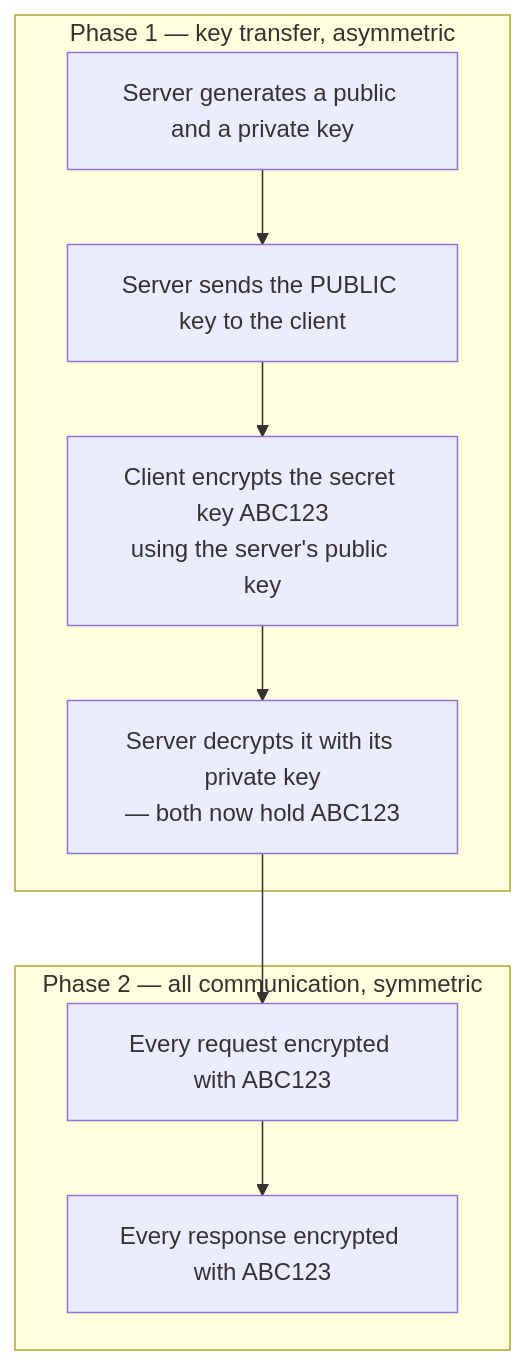
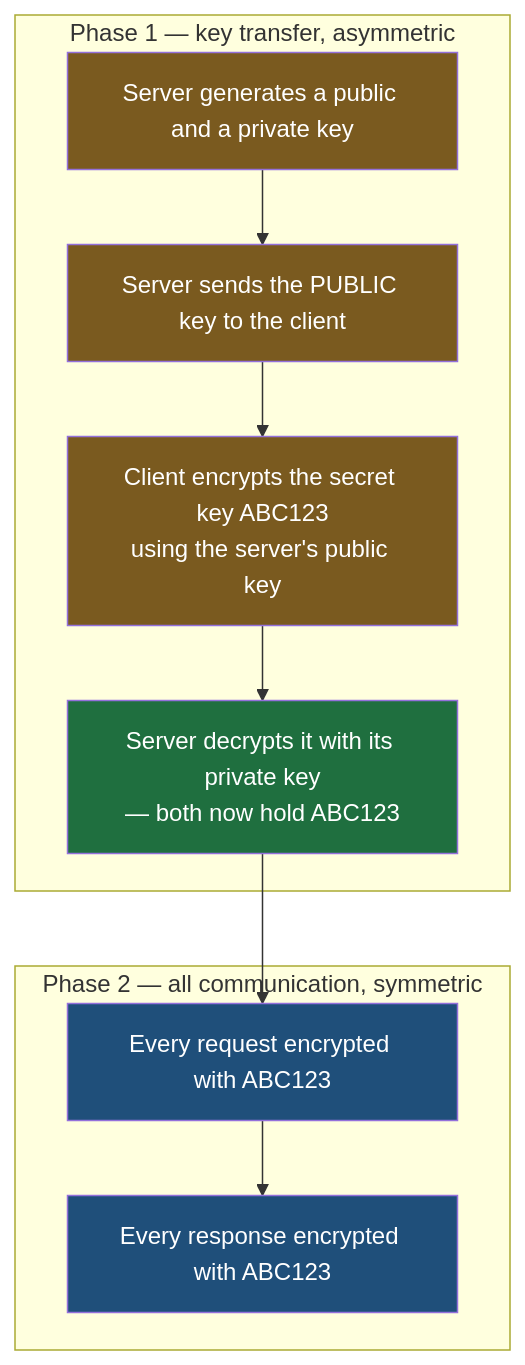
Before and after one commit to Dummy-Bug/system-design-handbook: the fourth of 4 diagrams in Devops/04-Networking/09-Symmetric-And-Asymmetric-Keys.md, drawn with Mermaid. The commit also changed other lines of this file and 53 other files, not shown here.

````diff
--- a/Devops/04-Networking/09-Symmetric-And-Asymmetric-Keys.md
+++ b/Devops/04-Networking/09-Symmetric-And-Asymmetric-Keys.md
@@ -116,12 +125,18 @@
 ```mermaid
 flowchart TD
     subgraph PHASE1["Phase 1 — key transfer, asymmetric"]
         S1["Server generates a public and a private key"] --> S2["Server sends the PUBLIC key to the client"]
         S2 --> S3["Client encrypts the secret key ABC123<br/>using the server's public key"]
         S3 --> S4["Server decrypts it with its private key<br/>— both now hold ABC123"]
     end
     subgraph PHASE2["Phase 2 — all communication, symmetric"]
         M1["Every request encrypted with ABC123"] --> M2["Every response encrypted with ABC123"]
     end
     S4 --> M1
+    style S1 fill:#7a5a1f,color:#fff
+    style S2 fill:#7a5a1f,color:#fff
+    style S3 fill:#7a5a1f,color:#fff
+    style S4 fill:#1f6f3f,color:#fff
+    style M1 fill:#1f4f7a,color:#fff
+    style M2 fill:#1f4f7a,color:#fff
 ```
````
